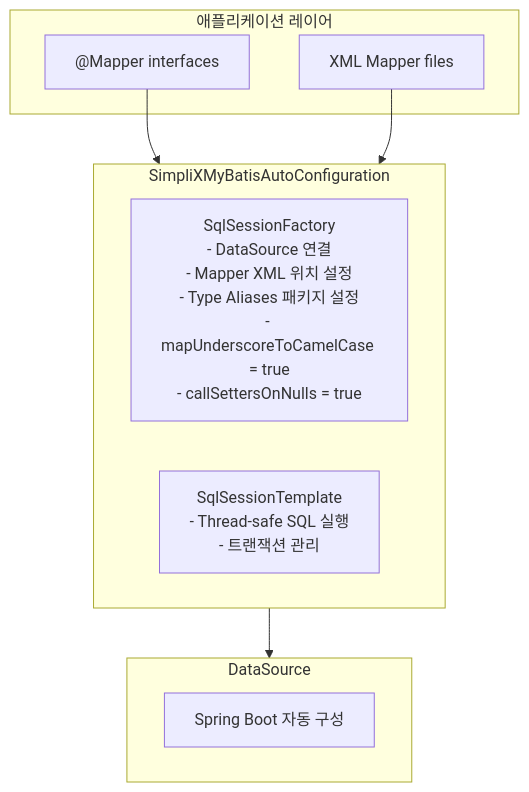
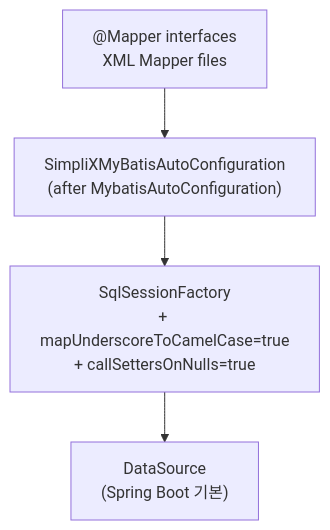
The diagram in simplix-mybatis/docs/ko/overview.md (simplecore-inc/simplix), drawn with Mermaid before and after one commit. The commit also changed other lines of this file and 11 other files, not shown here.

First line of the commit message:
docs: add and consolidate module documentation for egov, messaging, scheduler, sync, mybatis

````diff
--- a/simplix-mybatis/docs/ko/overview.md
+++ b/simplix-mybatis/docs/ko/overview.md
@@ -27,20 +7,11 @@
 ```mermaid
 flowchart TB
-    subgraph 애플리케이션_레이어["애플리케이션 레이어"]
-        MAPPER["@Mapper interfaces"]
-        XML["XML Mapper files"]
-    end
+    APP["@Mapper interfaces<br/>XML Mapper files"]
+    MODULE["SimpliXMyBatisAutoConfiguration<br/>(after MybatisAutoConfiguration)"]
+    FACTORY["SqlSessionFactory<br/>+ mapUnderscoreToCamelCase=true<br/>+ callSettersOnNulls=true"]
+    DS["DataSource<br/>(Spring Boot 기본)"]
 
-    subgraph AUTO_CONFIG["SimpliXMyBatisAutoConfiguration"]
-        FACTORY["SqlSessionFactory<br/>- DataSource 연결<br/>- Mapper XML 위치 설정<br/>- Type Aliases 패키지 설정<br/>- mapUnderscoreToCamelCase = true<br/>- callSettersOnNulls = true"]
-        TEMPLATE["SqlSessionTemplate<br/>- Thread-safe SQL 실행<br/>- 트랜잭션 관리"]
-    end
-
-    subgraph DATASOURCE["DataSource"]
-        DS["Spring Boot 자동 구성"]
-    end
-
-    MAPPER --> AUTO_CONFIG
-    XML --> AUTO_CONFIG
-    AUTO_CONFIG --> DATASOURCE
+    APP --> MODULE
+    MODULE --> FACTORY
+    FACTORY --> DS
 ```
````
